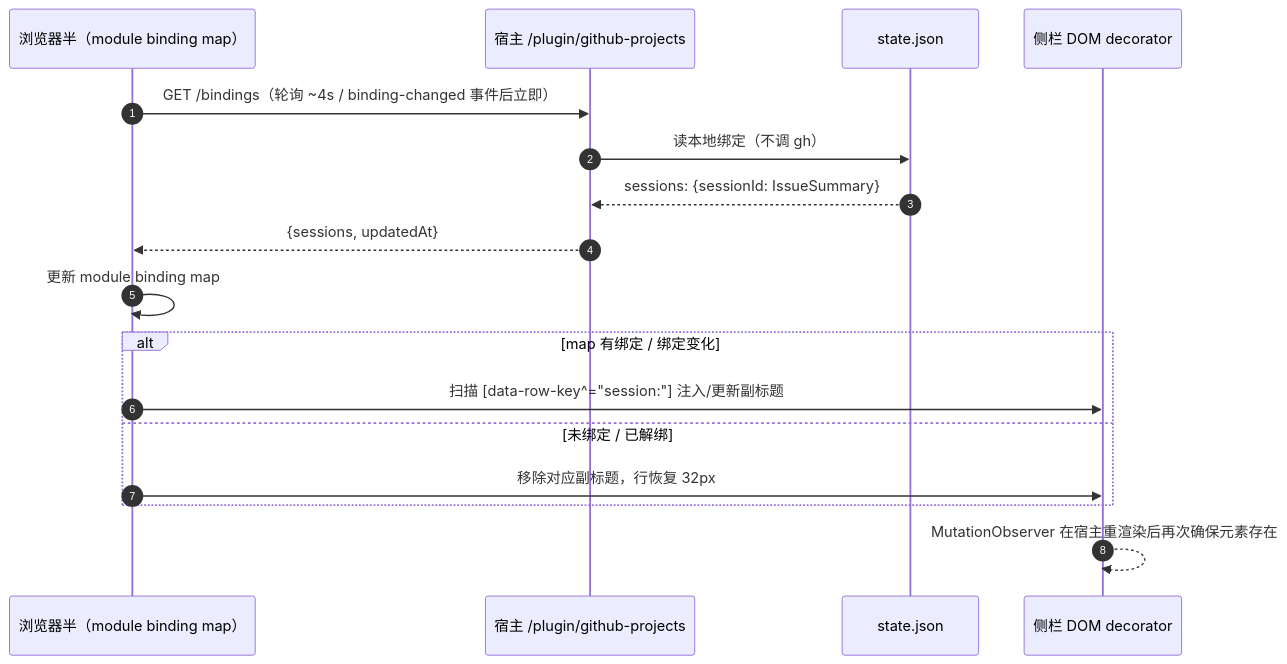
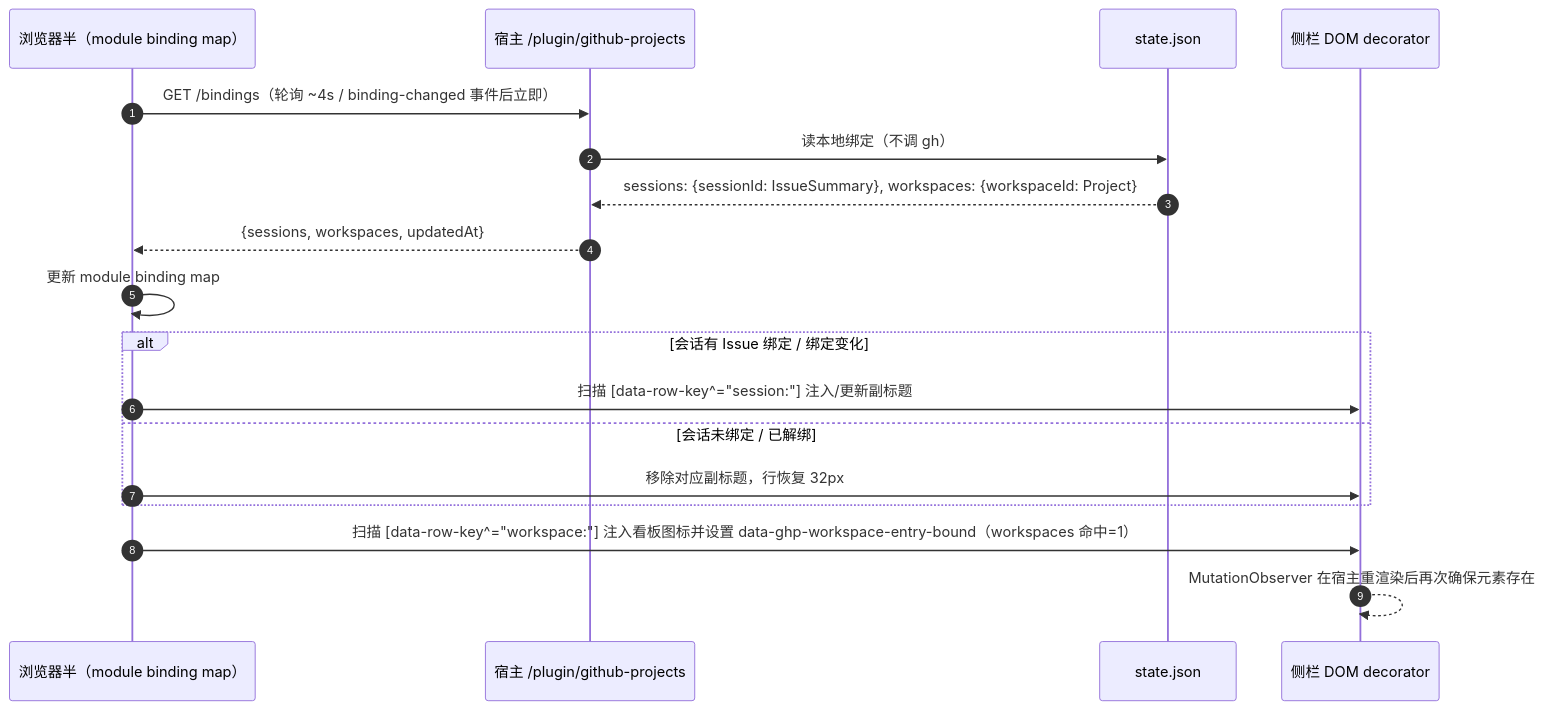
Before and after one commit to ceasarXuu/dsh-github-projects: the eighth of 8 diagrams in docs/DESIGN.zh.md, drawn with Mermaid. The commit also changed other lines of this file and 36 other files, not shown here.

````diff
--- a/docs/DESIGN.zh.md
+++ b/docs/DESIGN.zh.md
@@ -1037,20 +1122,21 @@
 ```mermaid
 sequenceDiagram
     autonumber
     participant C as 浏览器半（module binding map）
     participant H as 宿主 /plugin/github-projects
     participant S as state.json
     participant D as 侧栏 DOM decorator
 
     C->>H: GET /bindings（轮询 ~4s / binding-changed 事件后立即）
     H->>S: 读本地绑定（不调 gh）
-    S-->>H: sessions: {sessionId: IssueSummary}
-    H-->>C: {sessions, updatedAt}
+    S-->>H: sessions: {sessionId: IssueSummary}, workspaces: {workspaceId: Project}
+    H-->>C: {sessions, workspaces, updatedAt}
     C->>C: 更新 module binding map
-    alt map 有绑定 / 绑定变化
+    alt 会话有 Issue 绑定 / 绑定变化
         C->>D: 扫描 [data-row-key^="session:"] 注入/更新副标题
-    else 未绑定 / 已解绑
+    else 会话未绑定 / 已解绑
         C->>D: 移除对应副标题，行恢复 32px
     end
+    C->>D: 扫描 [data-row-key^="workspace:"] 注入看板图标并设置 data-ghp-workspace-entry-bound（workspaces 命中=1）
     D-->>D: MutationObserver 在宿主重渲染后再次确保元素存在
 ```
````
